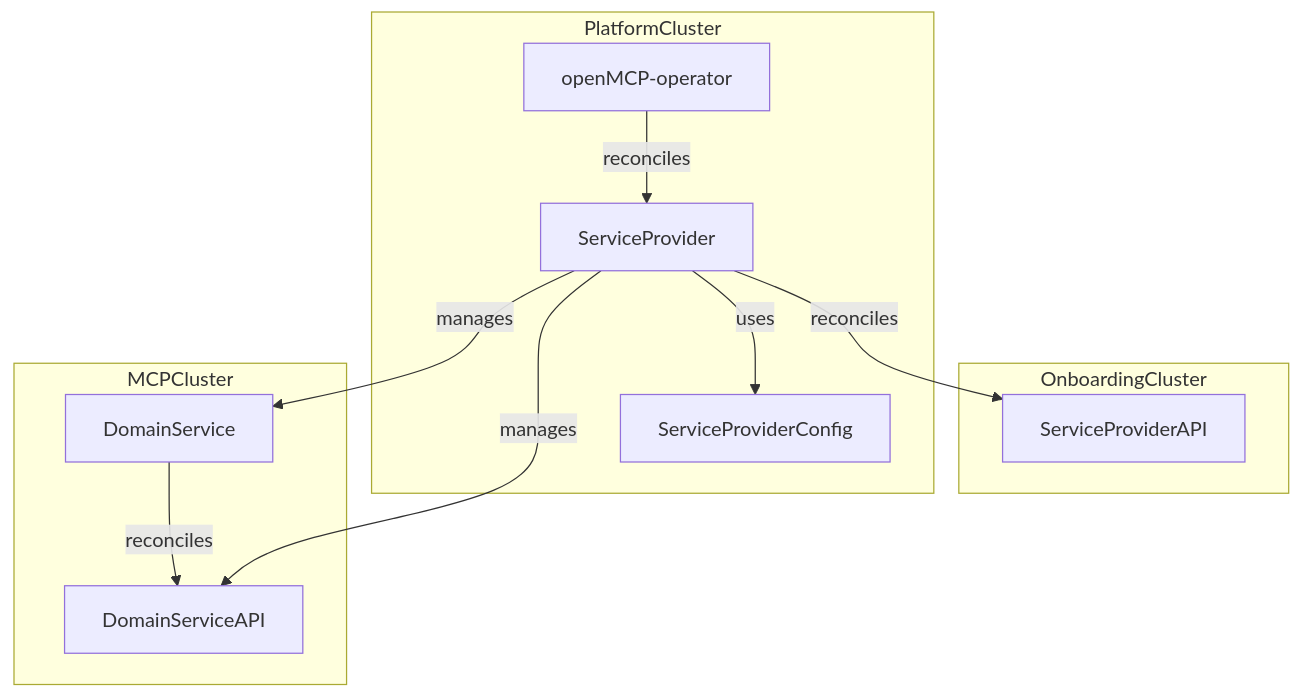
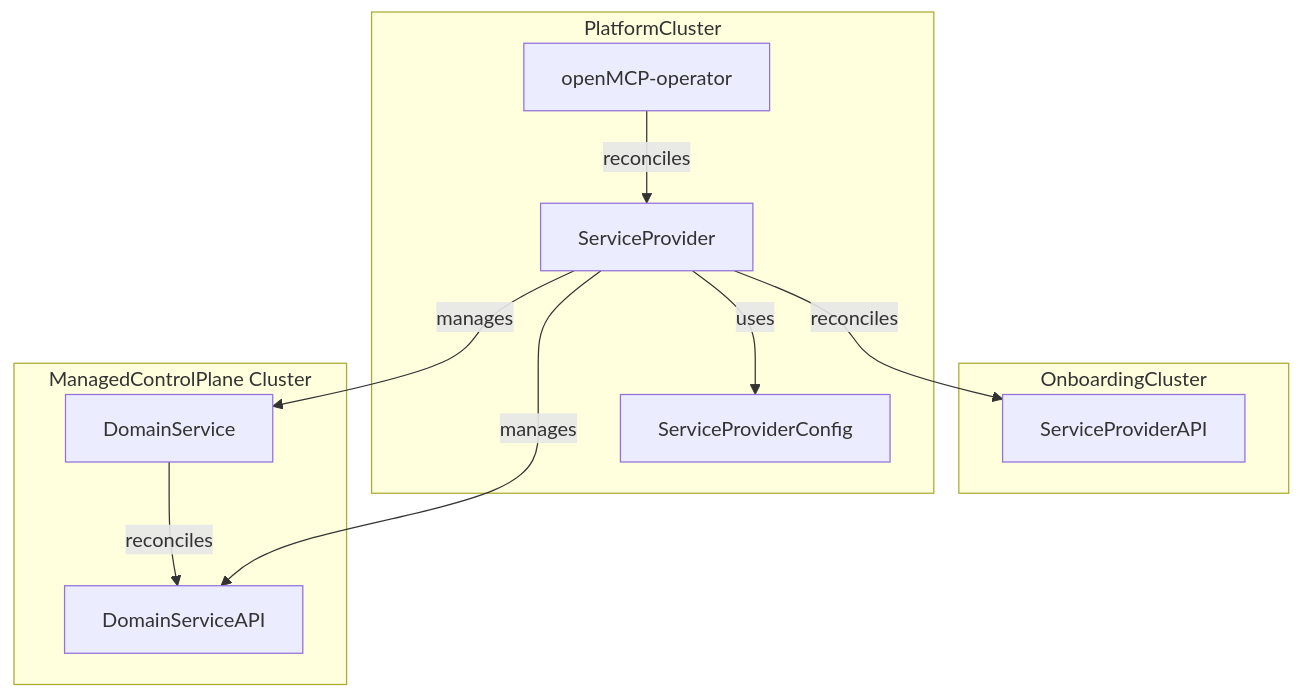
One commit to openmcp-project/docs changed the fourth of 7 diagrams in docs/developers/serviceprovider/design.md. Above: the diagram before and after it, drawn with Mermaid. The commit also changed other lines of this file and 19 other files, not shown here.

````diff
--- a/docs/developers/serviceprovider/design.md
+++ b/docs/developers/serviceprovider/design.md
@@ -109,28 +109,28 @@
 ```mermaid
 graph TD
     %% Onboarding Cluster
     subgraph OnboardingCluster
         SPAPI[ServiceProviderAPI]
     end
 
     %% Platform Cluster
     subgraph PlatformCluster
         SPO[openMCP-operator]
         SP[ServiceProvider]
         SPC[ServiceProviderConfig]
     end
 
-    %% MCP Cluster
-    subgraph MCPCluster
+    %% ManagedControlPlane Cluster
+    subgraph MCPCluster[ManagedControlPlane Cluster]
         DS[DomainService]
         DSAPI[DomainServiceAPI]
     end
 
     %% edges
     SP -->|reconciles|SPAPI
     SP -->|uses|SPC
     SP -->|manages|DSAPI
     SP -->|manages|DS
     DS -->|reconciles|DSAPI
     SPO-->|reconciles|SP
 ```
````
